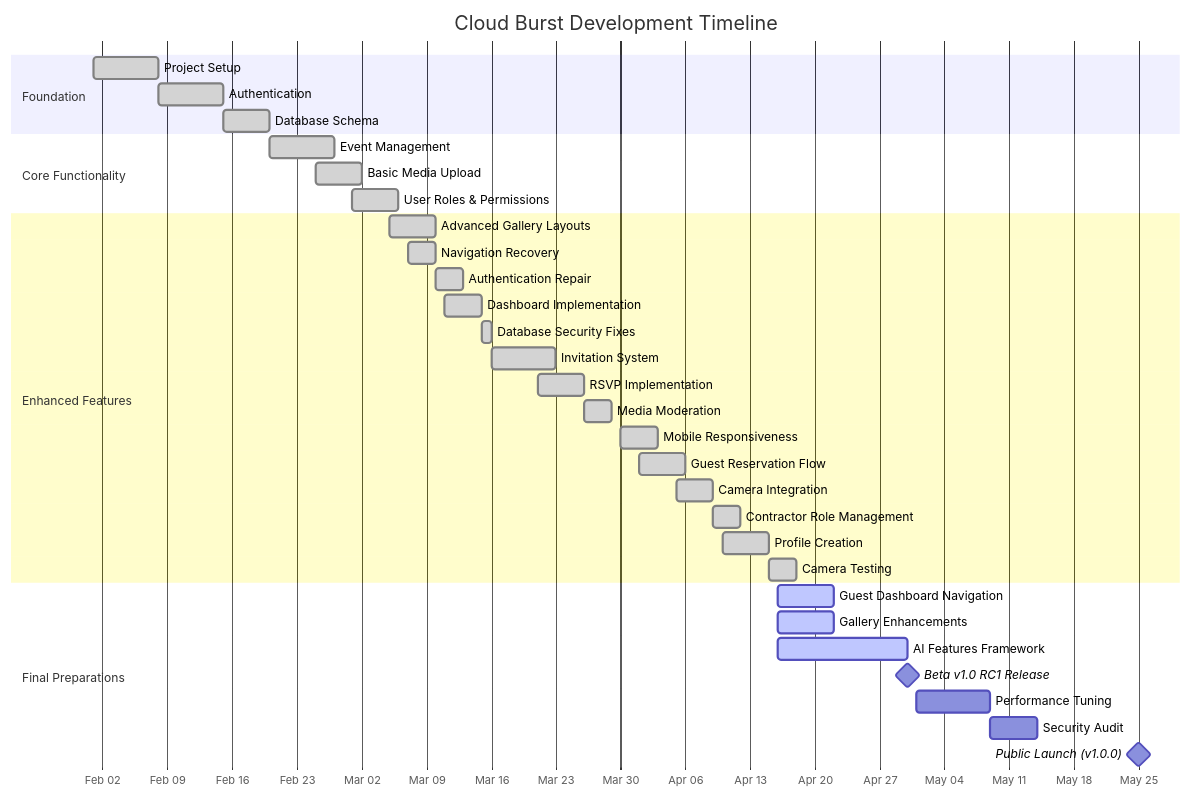
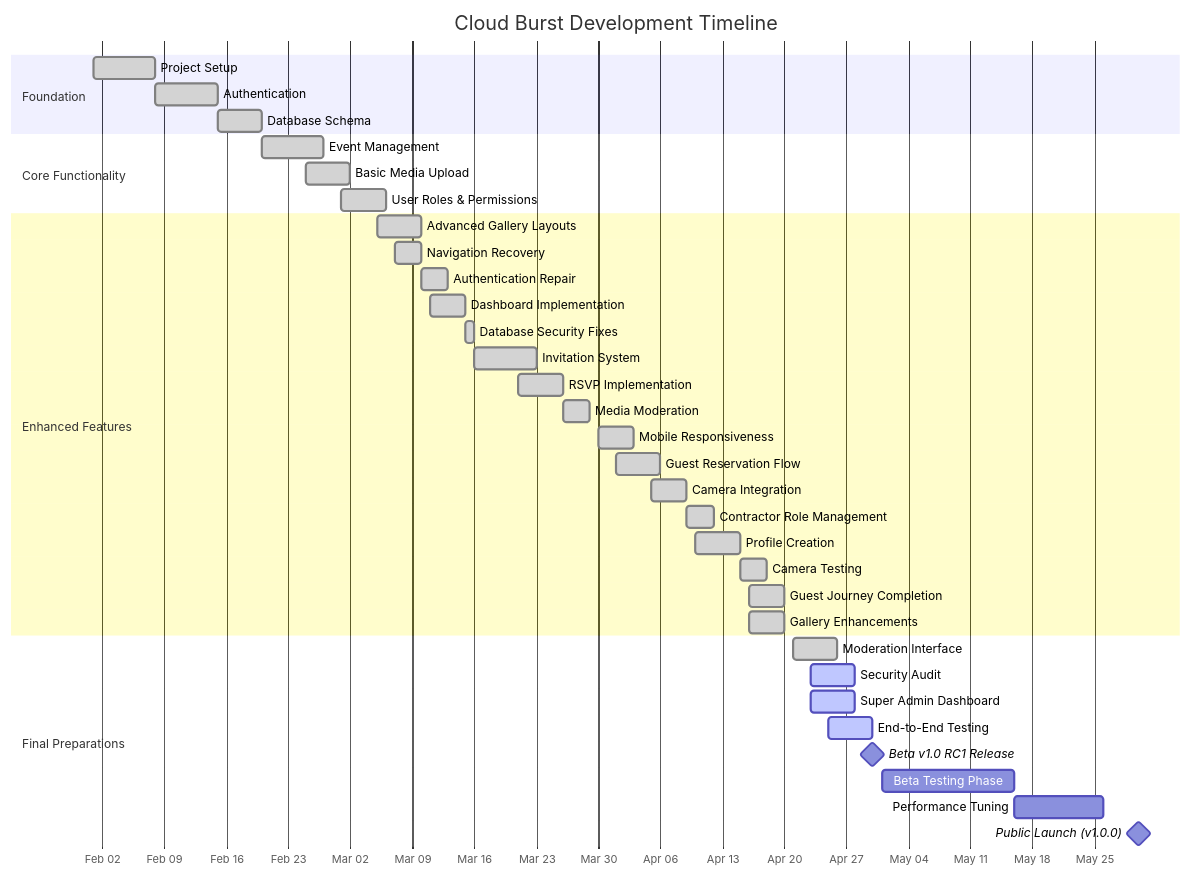
Before and after one commit to mrj0nesmtl/cloud-burst: the third of 3 diagrams in README.md, drawn with Mermaid. The commit also changed other lines of this file, not shown here.

Commit message:
Update README.md with latest project timeline and moderation interface enhancements

````diff
--- a/README.md
+++ b/README.md
@@ -172,41 +180,44 @@
 ```mermaid
 gantt
     title Cloud Burst Development Timeline
     dateFormat  YYYY-MM-DD
     axisFormat %b %d
     
     section Foundation
     Project Setup           :done, f1, 2025-02-01, 7d
     Authentication          :done, f2, 2025-02-08, 7d
     Database Schema         :done, f3, 2025-02-15, 5d
     
     section Core Functionality
     Event Management        :done, c1, 2025-02-20, 7d
     Basic Media Upload      :done, c2, 2025-02-25, 5d
     User Roles & Permissions:done, c3, 2025-03-01, 5d
     
     section Enhanced Features
     Advanced Gallery Layouts:done, e1, 2025-03-05, 5d
     Navigation Recovery     :done, e2, 2025-03-07, 3d
     Authentication Repair   :done, e3, 2025-03-10, 3d
     Dashboard Implementation:done, e4, 2025-03-11, 4d
     Database Security Fixes :done, e5, 2025-03-15, 1d
     Invitation System       :done, e6, 2025-03-16, 7d
     RSVP Implementation     :done, e7, 2025-03-21, 5d
     Media Moderation        :done, e8, 2025-03-26, 3d
     Mobile Responsiveness   :done, e9, 2025-03-30, 4d
     Guest Reservation Flow  :done, e10, 2025-04-01, 5d
     Camera Integration      :done, e11, 2025-04-05, 4d
     Contractor Role Management :done, e12, 2025-04-09, 3d
     Profile Creation        :done, e13, 2025-04-10, 5d
     Camera Testing          :done, e14, 2025-04-15, 3d
+    Guest Journey Completion:done, g1, 2025-04-16, 4d
+    Gallery Enhancements    :done, g2, 2025-04-16, 4d
     
     section Final Preparations
-    Guest Dashboard Navigation :active, g1, 2025-04-16, 6d
-    Gallery Enhancements    :active, g2, 2025-04-16, 6d
-    AI Features Framework   :active, g3, 2025-04-16, 14d
+    Moderation Interface    :done, m1, 2025-04-21, 5d
+    Security Audit          :active, s1, 2025-04-23, 5d
+    Super Admin Dashboard   :active, a1, 2025-04-23, 5d
+    End-to-End Testing      :active, t1, 2025-04-25, 5d
     Beta v1.0 RC1 Release   :milestone, b1, 2025-04-30, 0d
-    Performance Tuning      :o1, 2025-05-01, 8d
-    Security Audit          :o2, 2025-05-09, 5d
-    Public Launch (v1.0.0)  :milestone, l3, 2025-05-25, 0d
+    Beta Testing Phase      :p1, 2025-05-01, 15d
+    Performance Tuning      :p2, 2025-05-16, 10d
+    Public Launch (v1.0.0)  :milestone, l3, 2025-05-30, 0d
 ```
````
